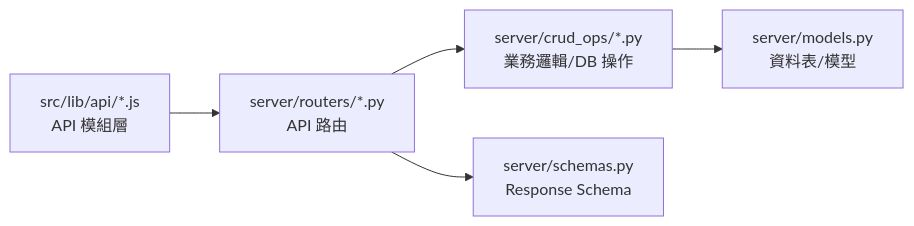
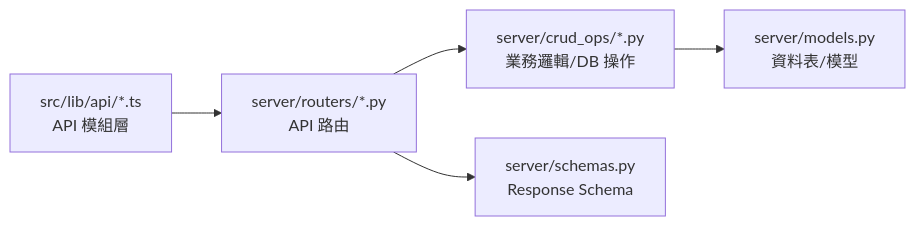
The first of 15 diagrams in docs/product/data-flows.md (Shawn-csy/write_project), drawn with Mermaid before and after one commit. The commit also changed other lines of this file and 34 other files, not shown here.

````diff
--- a/docs/product/data-flows.md
+++ b/docs/product/data-flows.md
@@ -9,7 +9,7 @@
 ```mermaid
 flowchart LR
-  A[src/lib/api/*.js\nAPI 模組層] --> B[server/routers/*.py\nAPI 路由]
+  A[src/lib/api/*.ts\nAPI 模組層] --> B[server/routers/*.py\nAPI 路由]
   B --> C[server/crud_ops/*.py\n業務邏輯/DB 操作]
   C --> D[server/models.py\n資料表/模型]
   B --> E[server/schemas.py\nResponse Schema]
 ```
````
